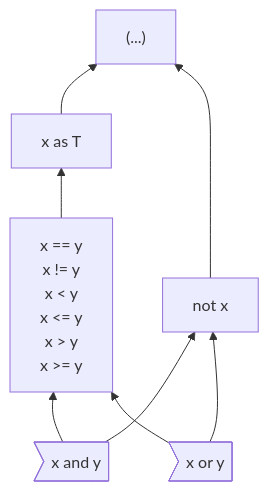
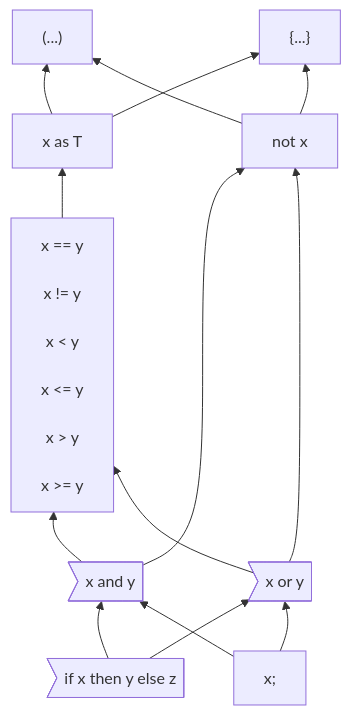
The first of 2 diagrams in docs/design/expressions/README.md (carbon-language/carbon-lang), drawn with Mermaid before and after one commit. The commit also changed other lines of this file and 2 other files, not shown here.

Commit message:
Refining the precedence chart with `if`, struct literals, and links. (#1089)
This is intended to be a more iterative edit to the chart:

- Adding `if` and struct literals, since it came up in arithmetic.
- Adding links to address a comment of mine about wanting references
- Rephrasing slightly to reduce the implication that it's only for operators (particularly since I don't think we want to call `if` an operator)
- Shifting operators below because similar

````diff
--- a/docs/design/expressions/README.md
+++ b/docs/design/expressions/README.md
@@ -66,13 +49,38 @@
 ```mermaid
+%%{init: {'themeVariables': {'fontFamily': 'monospace'}}}%%
 graph BT
     parens["(...)"]
+
+    braces["{...}"]
+    click braces "https://github.com/carbon-language/carbon-lang/blob/trunk/docs/design/classes.md#literals"
+
     as["x as T"]
+    click as "https://github.com/carbon-language/carbon-lang/blob/trunk/docs/design/expressions/implicit_conversions.md"
+
     not["not x"]
-    comparison["x == y<br> x != y<br> x < y<br> x <= y<br> x > y<br> x >= y"]
+    click not "https://github.com/carbon-language/carbon-lang/blob/trunk/docs/design/expressions/logical_operators.md"
+
+    comparison["x == y<br>
+                x != y<br>
+                x < y<br>
+                x <= y<br>
+                x > y<br>
+                x >= y"]
+    click comparison "https://github.com/carbon-language/carbon-lang/blob/trunk/docs/design/expressions/comparison_operators.md"
+
     and>"x and y"]
+    click and "https://github.com/carbon-language/carbon-lang/blob/trunk/docs/design/expressions/logical_operators.md"
+
     or>"x or y"]
+    click or "https://github.com/carbon-language/carbon-lang/blob/trunk/docs/design/expressions/logical_operators.md"
 
-    as & not --> parens
+    if>"if x then y else z"]
+    click if "https://github.com/carbon-language/carbon-lang/blob/trunk/docs/design/expressions/if.md"
+
+    expressionEnd["x;"]
+
+    as & not --> parens & braces
     comparison --> as
     and & or --> comparison & not
+    if & expressionEnd --> and & or
 ```
````
